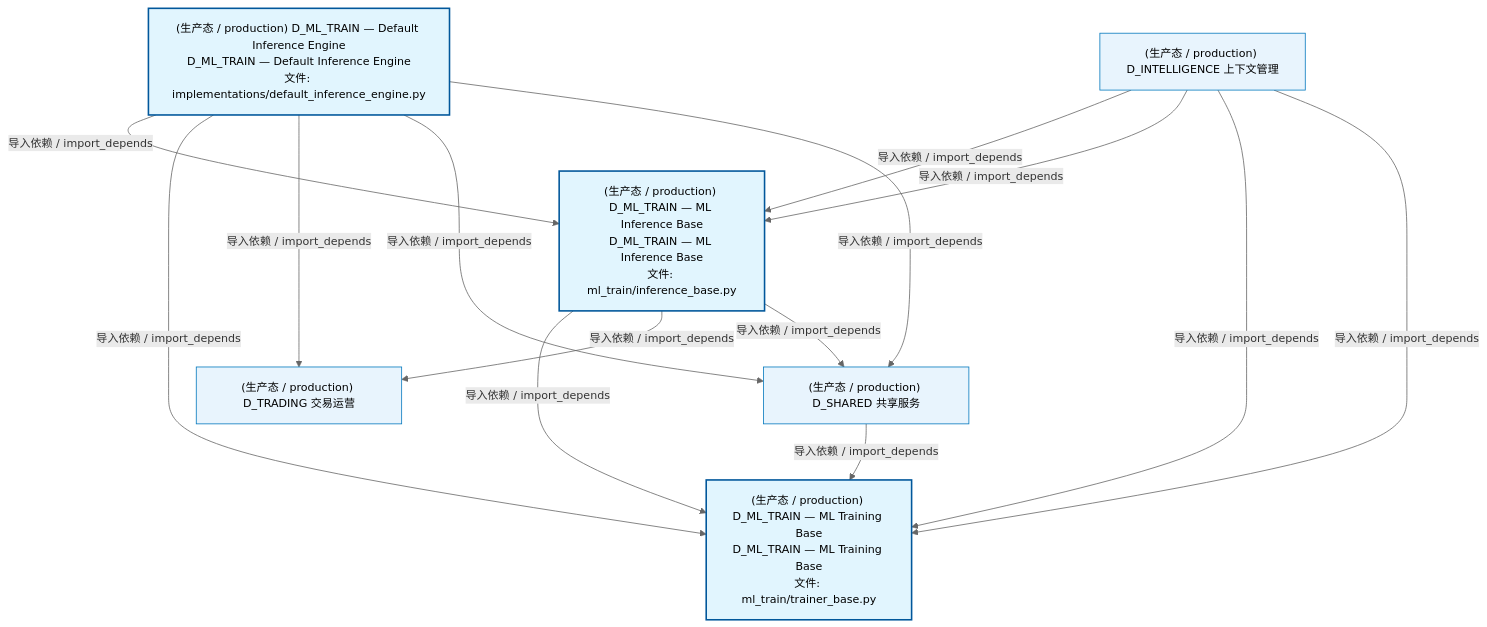
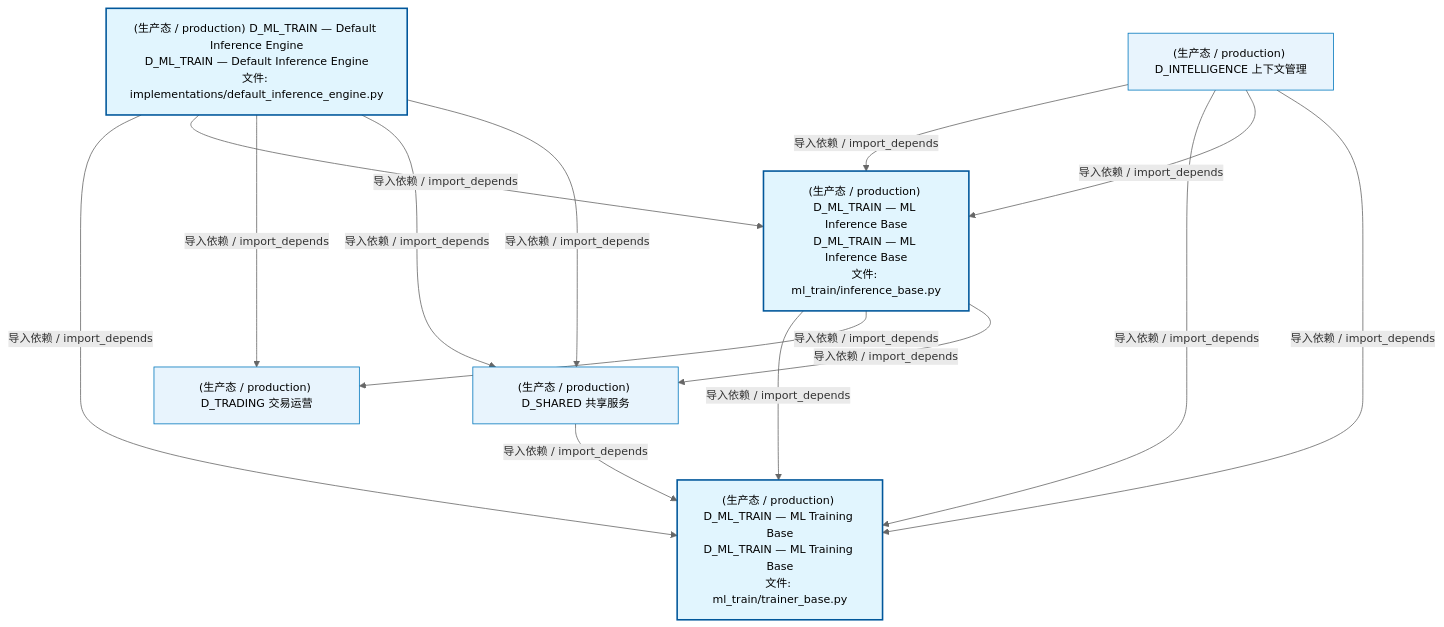
The second of 4 diagrams in docs/02_enterprise_architecture/02_domain_architecture_docs/61_d_ml_train.md (xuanFelixVan/ZephyrAlpha), drawn with Mermaid before and after one commit. The commit also changed other lines of this file and 47 other files, not shown here.

````diff
--- a/docs/02_enterprise_architecture/02_domain_architecture_docs/61_d_ml_train.md
+++ b/docs/02_enterprise_architecture/02_domain_architecture_docs/61_d_ml_train.md
@@ -103,29 +103,29 @@
 ```mermaid
 %%{init: {'theme': 'base', 'themeVariables': {'primaryColor': '#eaeaea', 'primaryTextColor': '#333333', 'primaryBorderColor': '#666666', 'lineColor': '#666666', 'secondaryColor': '#eaeaea', 'tertiaryColor': '#eaeaea', 'fontSize': '14px'}}}%%
 flowchart TD
     src_zephyr_ml_train_implementations_default_inference_engine_py["(生产态 / production) D_ML_TRAIN — Default Inference Engine<br/>D_ML_TRAIN — Default Inference Engine<br/>文件: implementations/default_inference_engine.py"]
     src_zephyr_ml_train_inference_base_py["(生产态 / production) D_ML_TRAIN — ML Inference Base<br/>D_ML_TRAIN — ML Inference Base<br/>文件: ml_train/inference_base.py"]
     src_zephyr_ml_train_trainer_base_py["(生产态 / production) D_ML_TRAIN — ML Training Base<br/>D_ML_TRAIN — ML Training Base<br/>文件: ml_train/trainer_base.py"]
     src_zephyr_ml_train_inference_base_py -->|导入依赖 / import_depends| src_zephyr_ml_train_trainer_base_py
+    src_zephyr_ml_train_implementations_default_inference_engine_py -->|导入依赖 / import_depends| src_zephyr_ml_train_trainer_base_py
     src_zephyr_ml_train_implementations_default_inference_engine_py -->|导入依赖 / import_depends| src_zephyr_ml_train_inference_base_py
-    src_zephyr_ml_train_implementations_default_inference_engine_py -->|导入依赖 / import_depends| src_zephyr_ml_train_trainer_base_py
     D_TRADING["(生产态 / production) D_TRADING 交易运营"]
     src_zephyr_ml_train_inference_base_py -->|导入依赖 / import_depends| D_TRADING
     D_SHARED["(生产态 / production) D_SHARED 共享服务"]
     src_zephyr_ml_train_inference_base_py -->|导入依赖 / import_depends| D_SHARED
     src_zephyr_ml_train_implementations_default_inference_engine_py -->|导入依赖 / import_depends| D_TRADING
     src_zephyr_ml_train_implementations_default_inference_engine_py -->|导入依赖 / import_depends| D_SHARED
     src_zephyr_ml_train_implementations_default_inference_engine_py -->|导入依赖 / import_depends| D_SHARED
     D_INTELLIGENCE["(生产态 / production) D_INTELLIGENCE 上下文管理"]
     D_INTELLIGENCE -->|导入依赖 / import_depends| src_zephyr_ml_train_inference_base_py
-    D_INTELLIGENCE -->|导入依赖 / import_depends| src_zephyr_ml_train_inference_base_py
     D_INTELLIGENCE -->|导入依赖 / import_depends| src_zephyr_ml_train_trainer_base_py
     D_SHARED -->|导入依赖 / import_depends| src_zephyr_ml_train_trainer_base_py
+    D_INTELLIGENCE -->|导入依赖 / import_depends| src_zephyr_ml_train_inference_base_py
     D_INTELLIGENCE -->|导入依赖 / import_depends| src_zephyr_ml_train_trainer_base_py
     classDef production fill:#e1f5fe,stroke:#01579b,stroke-width:2px,color:#000
     classDef design fill:#fff3e0,stroke:#e65100,stroke-width:2px,color:#000,stroke-dasharray: 5 5
     classDef external_prod fill:#e8f4fd,stroke:#0277bd,stroke-width:1px,color:#000
     classDef external_design fill:#fff8e7,stroke:#ef6c00,stroke-width:1px,color:#000,stroke-dasharray: 5 5
     class src_zephyr_ml_train_implementations_default_inference_engine_py,src_zephyr_ml_train_inference_base_py,src_zephyr_ml_train_trainer_base_py production
     class D_TRADING,D_SHARED,D_INTELLIGENCE external_prod
 ```
````
